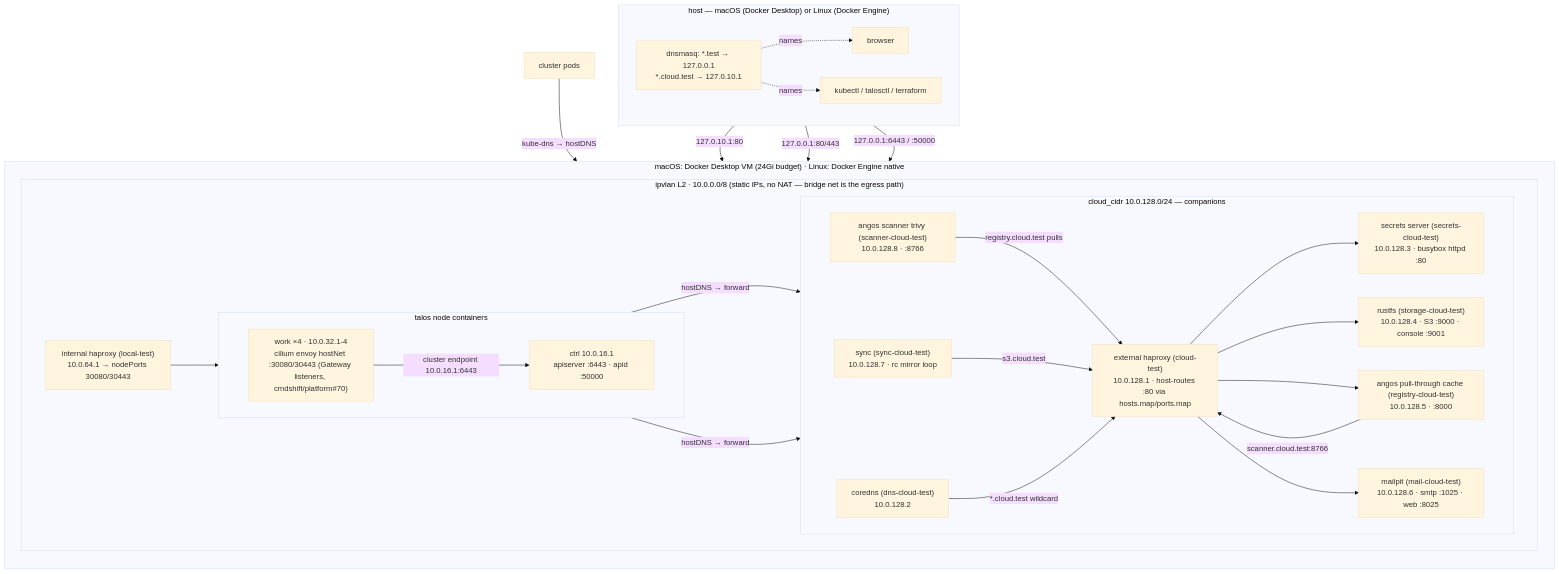
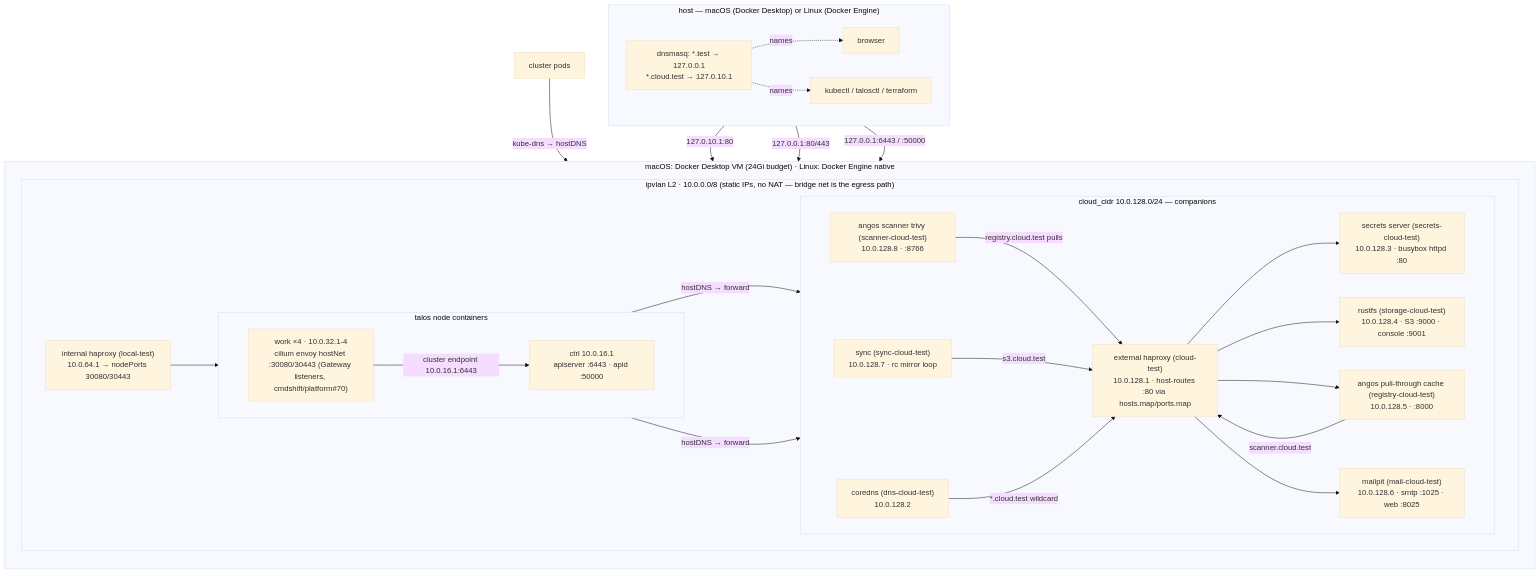
The diagram in cluster/local/ARCHITECTURE.md (cmdshift/platform), drawn with Mermaid (base theme) before and after one commit. The commit also changed other lines of this file and 10 other files, not shown here.

First line of the commit message:
refactor(cluster): wire scanner through generic haproxy cloud frontend

````diff
--- a/cluster/local/ARCHITECTURE.md
+++ b/cluster/local/ARCHITECTURE.md
@@ -7,47 +7,47 @@
 ```mermaid
 flowchart TB
   subgraph host["host — macOS (Docker Desktop) or Linux (Docker Engine)"]
     direction LR
     BR["browser"]
     KC["kubectl / talosctl / terraform"]
     DNSMASQ["dnsmasq: *.test → 127.0.0.1\n*.cloud.test → 127.0.10.1"]
   end
 
   subgraph vm["macOS: Docker Desktop VM (24Gi budget) · Linux: Docker Engine native"]
     direction TB
     subgraph iv["ipvlan L2 · 10.0.0.0/8 (static IPs, no NAT — bridge net is the egress path)"]
       direction LR
       subgraph cloud["cloud_cidr 10.0.128.0/24 — companions"]
         direction LR
         X["external haproxy (cloud-test)\n10.0.128.1 · host-routes :80 via hosts.map/ports.map"]
         CD["coredns (dns-cloud-test)\n10.0.128.2"]
         SE["secrets server (secrets-cloud-test)\n10.0.128.3 · busybox httpd :80"]
         RU["rustfs (storage-cloud-test)\n10.0.128.4 · S3 :9000 · console :9001"]
         AN["angos pull-through cache (registry-cloud-test)\n10.0.128.5 · :8000"]
         MP["mailpit (mail-cloud-test)\n10.0.128.6 · smtp :1025 · web :8025"]
         SY["sync (sync-cloud-test)\n10.0.128.7 · rc mirror loop"]
         SC["angos scanner trivy (scanner-cloud-test)\n10.0.128.8 · :8766"]
       end
       subgraph nodes["talos node containers"]
         direction LR
         CP["ctrl 10.0.16.1\napiserver :6443 · apid :50000"]
         WK["work ×4 · 10.0.32.1-4\ncilium envoy hostNet :30080/30443 (Gateway listeners, cmdshift/platform#70)"]
       end
       LB["internal haproxy (local-test)\n10.0.64.1 → nodePorts 30080/30443"]
     end
   end
 
   DNSMASQ -. names .-> BR & KC
   BR -- "127.0.10.1:80" --> X
   BR -- "127.0.0.1:80/443" --> LB
   KC -- "127.0.0.1:6443 / :50000" --> CP
   X --> SE & RU & AN & MP
-  AN -- "scanner.cloud.test:8766" --> X
+  AN -- "scanner.cloud.test" --> X
   SC -- "registry.cloud.test pulls" --> X
   LB --> WK
   WK -- "cluster endpoint 10.0.16.1:6443" --> CP
   SY -- "s3.cloud.test" --> X
   WK & CP -- "hostDNS → forward" --> CD
   CD -- "*.cloud.test wildcard" --> X
   pods["cluster pods"] -- "kube-dns → hostDNS" --> CD
 ```
````
